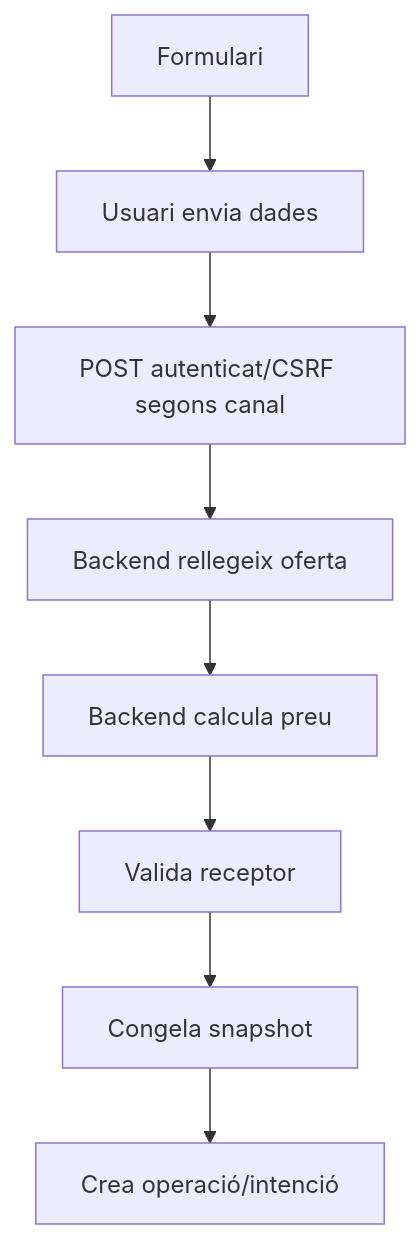
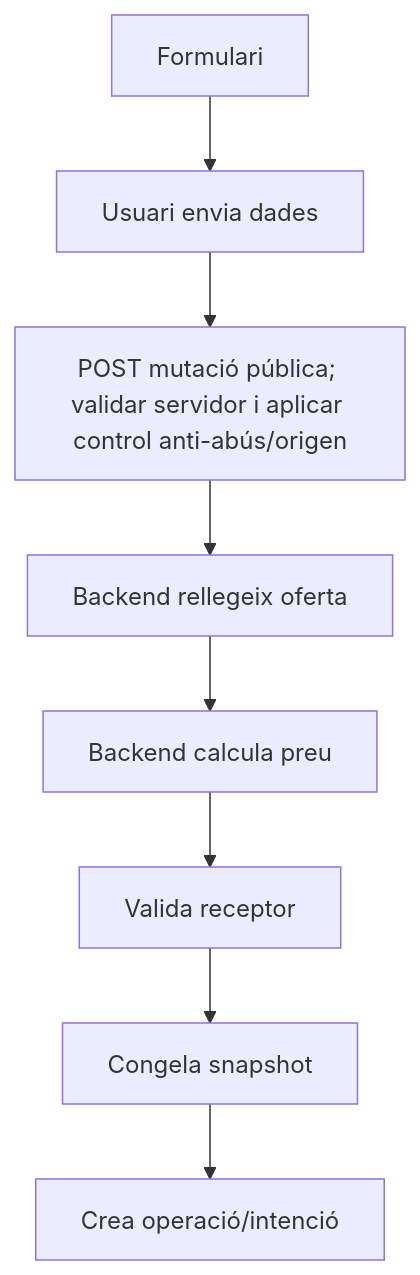
Before and after one commit to orgmeriemprismacat-del/verifactu: the sixth of 20 diagrams in documentacio/07-uml-integrat/uc-015-activitats-pagines-pack-actual-final.md, drawn with Mermaid. The commit also changed other lines of this file, not shown here.

Commit message:
docs(UC-015): actualitzar activitats alta PACK a POST

````diff
--- a/documentacio/07-uml-integrat/uc-015-activitats-pagines-pack-actual-final.md
+++ b/documentacio/07-uml-integrat/uc-015-activitats-pagines-pack-actual-final.md
@@ -84,10 +84,10 @@
 ```mermaid
 flowchart TD
 A[Formulari] --> B[Usuari envia dades]
-B --> C[POST autenticat/CSRF segons canal]
+B --> C[POST mutació pública; validar servidor i aplicar control anti-abús/origen]
 C --> D[Backend rellegeix oferta]
 D --> E[Backend calcula preu]
 E --> F[Valida receptor]
 F --> G[Congela snapshot]
 G --> H[Crea operació/intenció]
 ```
````
